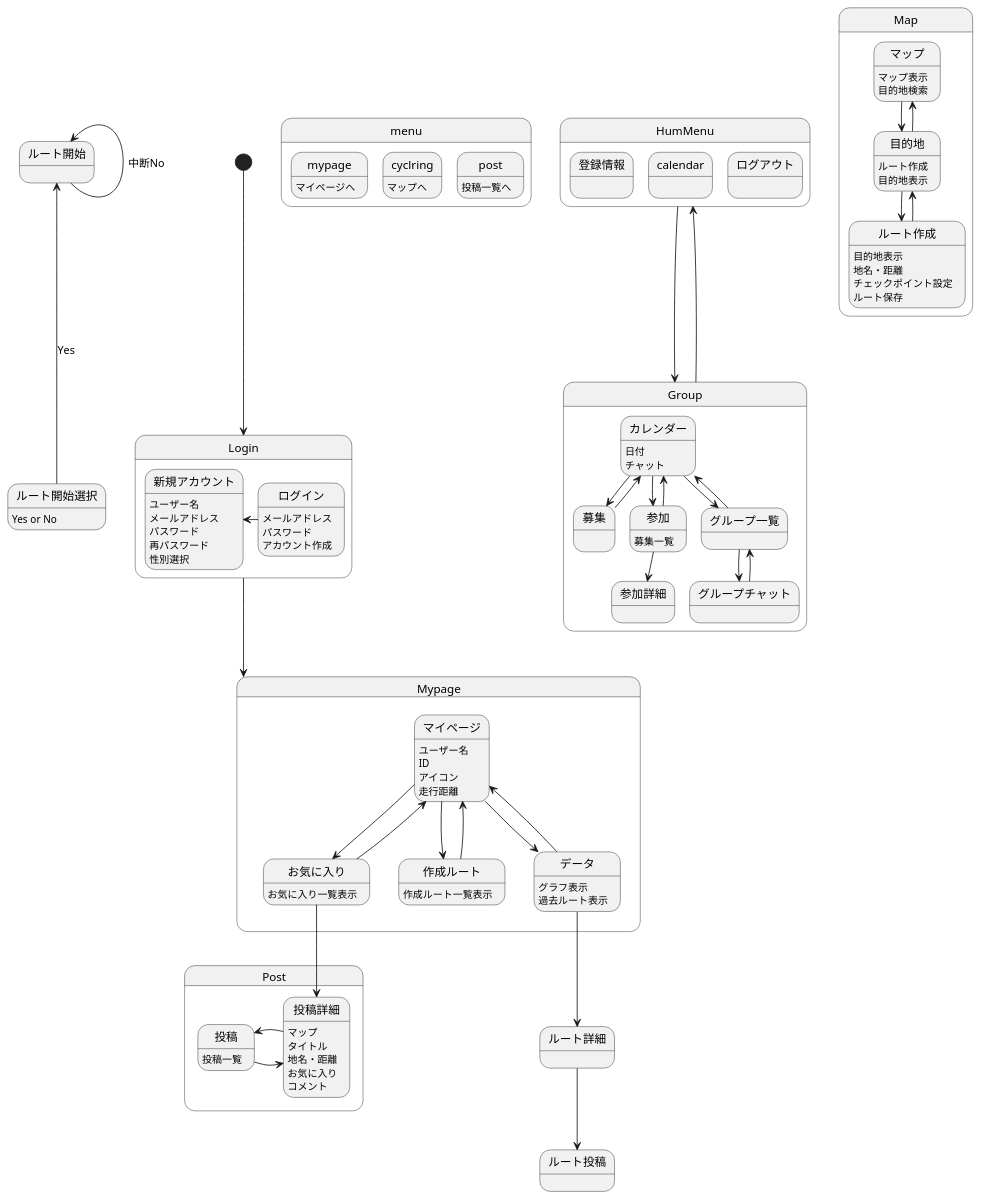
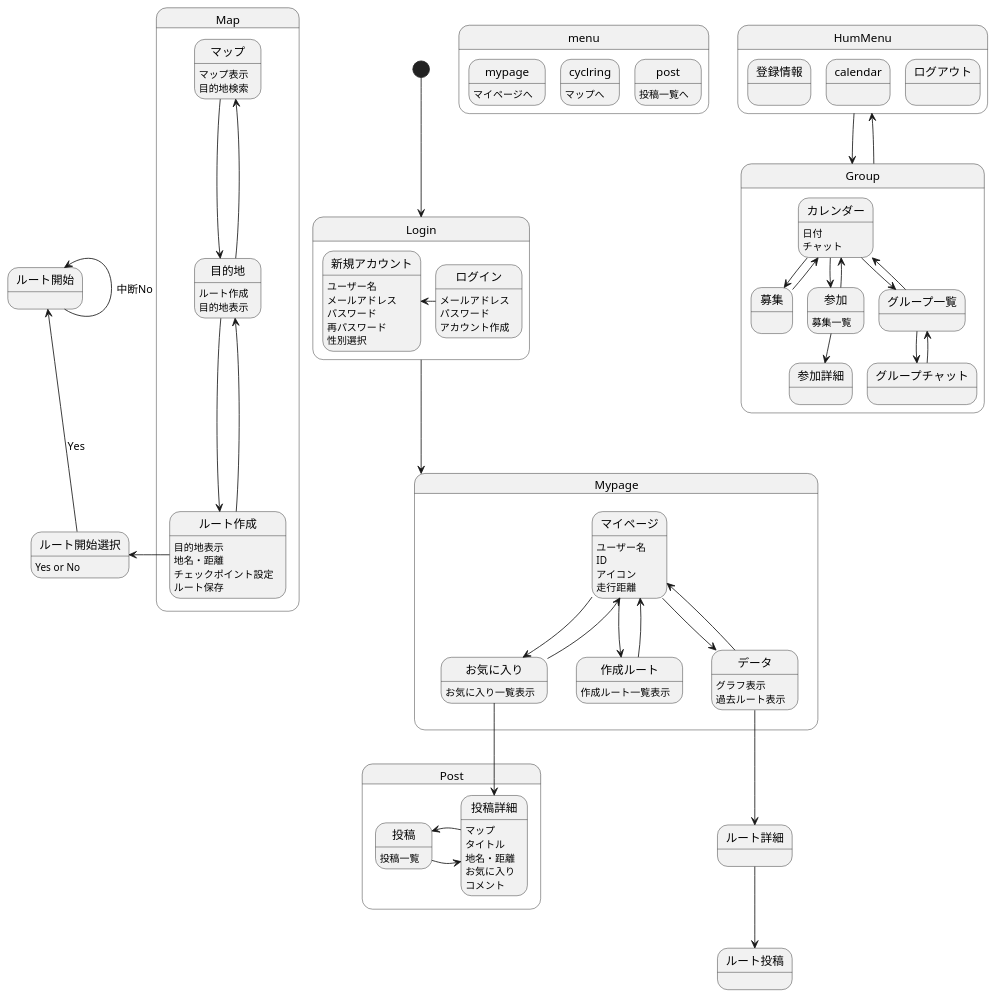
Before and after one commit to AsoSD3A3/CyclingSystem: the diagram in 画面遷移図/gm.md, drawn with PlantUML.

```diff
--- a/画面遷移図/gm.md
+++ b/画面遷移図/gm.md
@@ -82,7 +82,7 @@
 ルート作成:チェックポイント設定
 ルート作成:ルート保存
 }
-
+ルート作成-right->ルート開始選択
 ルート開始選択:Yes or No
 ルート開始選択-up->ルート開始 :Yes
 
```
